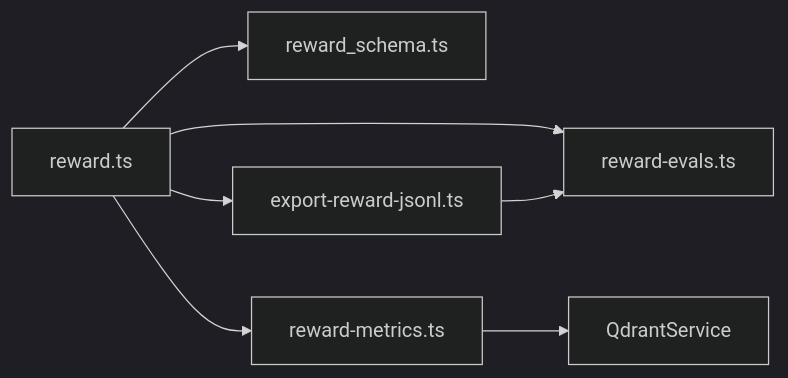
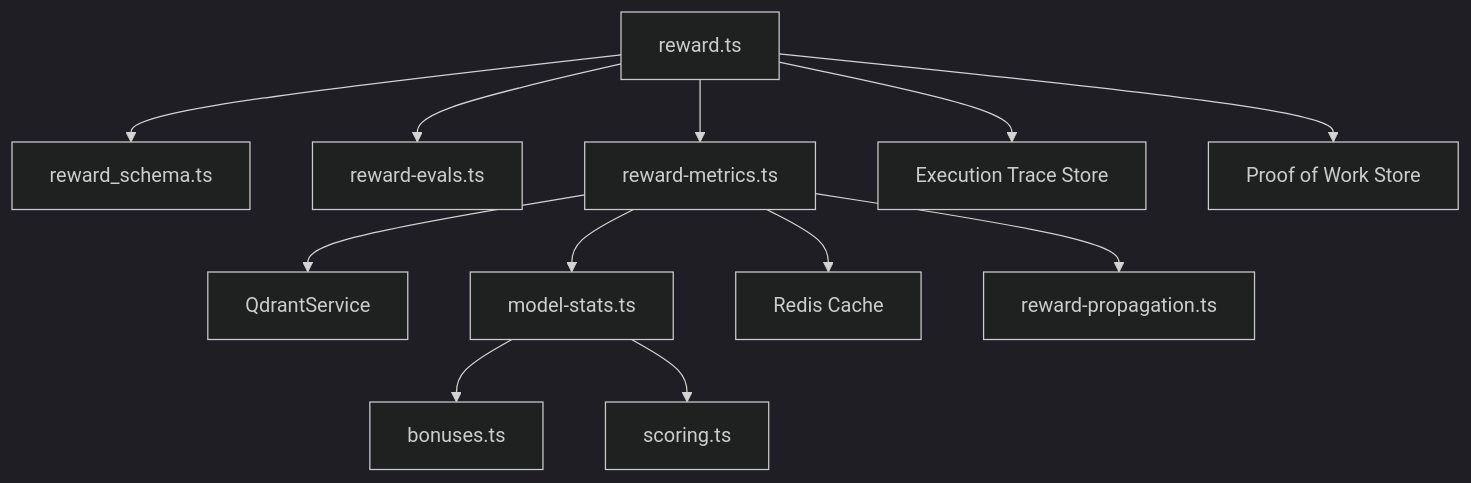
One commit to SquadRules/mcp changed the seventh of 7 diagrams in .qoder/repowiki/en/content/MCP Tools Reference/Reward Tool.md. Above: the diagram before and after it, drawn with Mermaid (dark theme). The commit also changed other lines of this file and 553 other files, not shown here.

````diff
--- a/.qoder/repowiki/en/content/MCP Tools Reference/Reward Tool.md
+++ b/.qoder/repowiki/en/content/MCP Tools Reference/Reward Tool.md
@@ -315,9 +364,14 @@
 ```mermaid
-graph LR
-RewardTool["reward.ts"] --> RewardSchema["reward_schema.ts"]
-RewardTool --> RewardEvals["reward-evals.ts"]
-RewardTool --> RewardMetrics["reward-metrics.ts"]
-RewardTool --> ExportJsonl["export-reward-jsonl.ts"]
-RewardMetrics --> Qdrant["QdrantService"]
-ExportJsonl --> RewardEvals
+graph TB
+RewardTool["reward.ts"] --> Schema["reward_schema.ts"]
+RewardTool --> Eval["reward-evals.ts"]
+RewardTool --> Metrics["reward-metrics.ts"]
+RewardTool --> Trace["Execution Trace Store"]
+RewardTool --> Proof["Proof of Work Store"]
+Metrics --> Qdrant["QdrantService"]
+Metrics --> Stats["model-stats.ts"]
+Metrics --> Redis["Redis Cache"]
+Stats --> Bonuses["bonuses.ts"]
+Stats --> Scoring["scoring.ts"]
+Metrics --> Propagate["reward-propagation.ts"]
 ```
````
